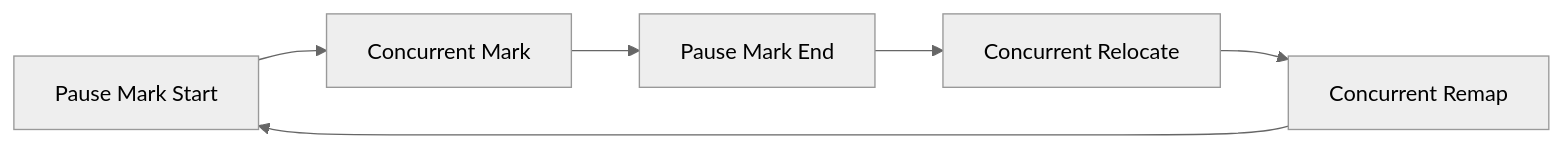
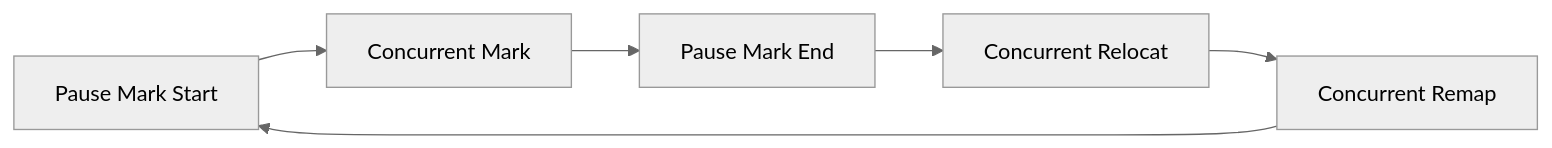
The sixth of 9 diagrams in _posts/java/2026-05-01-java-garbage-collector.md (yjkim2015/yjkim2015.github.io), drawn with Mermaid (neutral theme) before and after one commit. The commit also changed other lines of this file and 245 other files, not shown here.

First line of the commit message:
Mermaid 다이어그램 전면 수정 + 면접 포인트 접기/펼치기 + DB 데드락 페이지

````diff
--- a/_posts/java/2026-05-01-java-garbage-collector.md
+++ b/_posts/java/2026-05-01-java-garbage-collector.md
@@ -678,8 +676,8 @@
 ```mermaid
 graph LR
     PMS["Pause Mark Start"] --> CM["Concurrent Mark"]
     CM --> PME["Pause Mark End"]
-    PME --> CPR["Concurrent Relocate"]
+    PME --> CPR["Concurrent Relocat"]
     CPR --> CRM["Concurrent Remap"]
     CRM --> PMS
 ```
````
